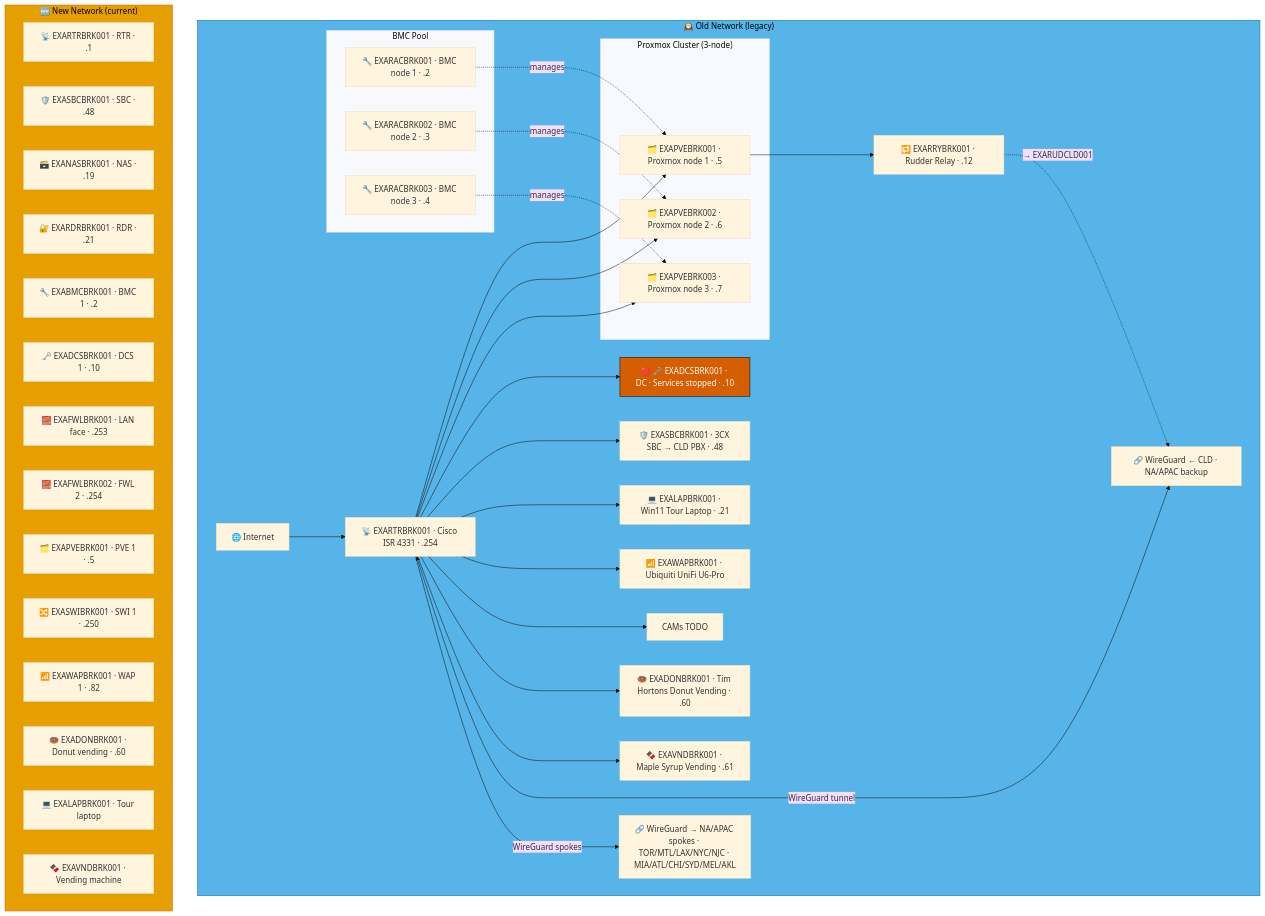
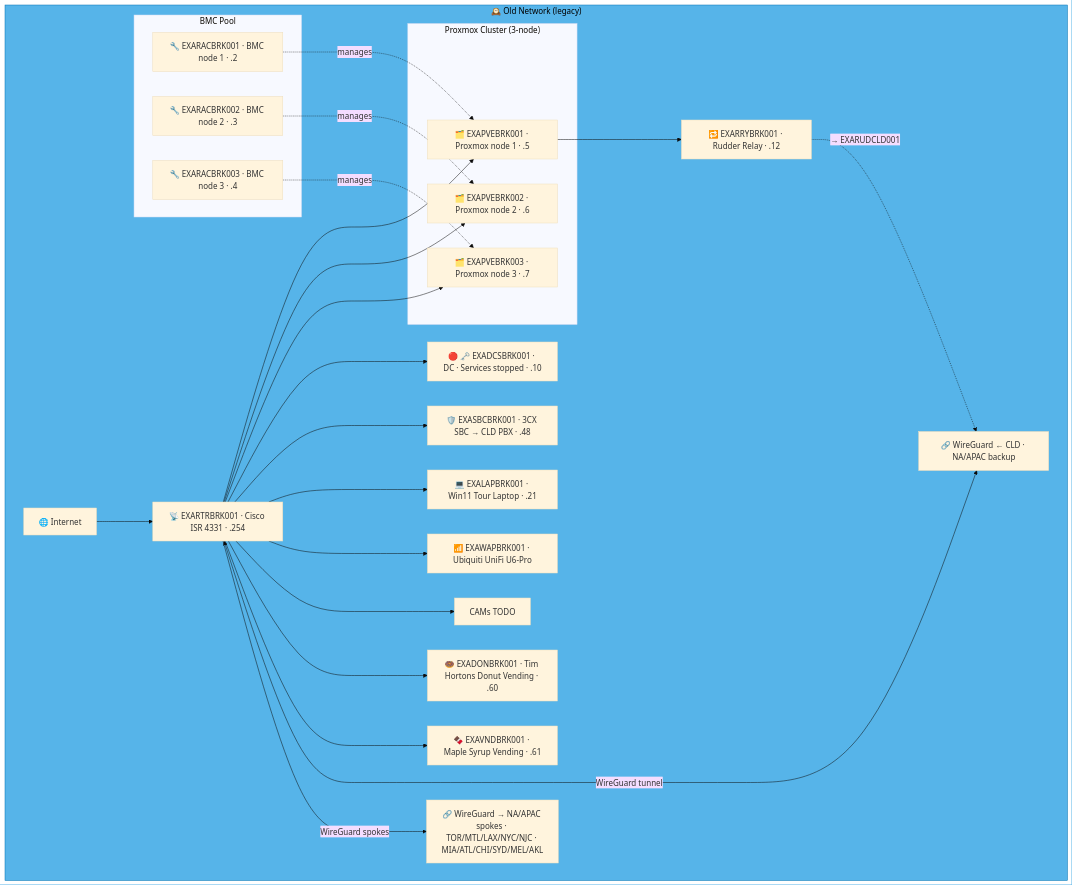
Before and after one commit to knightmare2600/example_music_infra: the first of 6 diagrams in docs/network-diagram/canada.md, drawn with Mermaid (base theme). The commit also changed other lines of this file and 35 other files, not shown here.

````diff
--- a/docs/network-diagram/canada.md
+++ b/docs/network-diagram/canada.md
@@ -17,65 +17,44 @@
 ```mermaid
 graph TD
     subgraph OLD_BRK ["🕰️ Old Network (legacy)"]
       INET["🌐 Internet"]
       RTR["📡 EXARTRBRK001 · Cisco ISR 4331 · .254"]
 
       subgraph BMC ["BMC Pool"]
           RAC1["🔧 EXARACBRK001 · BMC node 1 · .2"]
           RAC2["🔧 EXARACBRK002 · BMC node 2 · .3"]
           RAC3["🔧 EXARACBRK003 · BMC node 3 · .4"]
       end
 
       subgraph PVE ["Proxmox Cluster (3-node)"]
           PVE1["🗂️ EXAPVEBRK001 · Proxmox node 1 · .5"]
           PVE2["🗂️ EXAPVEBRK002 · Proxmox node 2 · .6"]
           PVE3["🗂️ EXAPVEBRK003 · Proxmox node 3 · .7"]
       end
 
       DC["🔴 🗝️ EXADCSBRK001 · DC · Services stopped · .10"]
       SBC["🛡️ EXASBCBRK001 · 3CX SBC → CLD PBX · .48"]
       RRY["🔁 EXARRYBRK001 · Rudder Relay · .12"]
       LAP["💻 EXALAPBRK001 · Win11 Tour Laptop · .21"]
       WAP["📶 EXAWAPBRK001 · Ubiquiti UniFi U6-Pro"]
       CAM["CAMs TODO"]
       VND1["🍩 EXADONBRK001 · Tim Hortons Donut Vending · .60"]
       VND2["🍫 EXAVNDBRK001 · Maple Syrup Vending · .61"]
       VPN_CLD["🔗 WireGuard ← CLD · NA/APAC backup"]
       VPN_NA["🔗 WireGuard → NA/APAC spokes · TOR/MTL/LAX/NYC/NJC · MIA/ATL/CHI/SYD/MEL/AKL"]
 
       INET --> RTR
       RTR --> PVE1 & PVE2 & PVE3
       RTR --> DC & SBC
       RAC1 -.->|"manages"| PVE1
       RAC2 -.->|"manages"| PVE2
       RAC3 -.->|"manages"| PVE3
       RTR --> LAP & WAP & CAM & VND1 & VND2
       RTR <-->|"WireGuard tunnel"| VPN_CLD
       RTR -->|"WireGuard spokes"| VPN_NA
 
       PVE1 --> RRY
       RRY -. "→ EXARUDCLD001" .-> VPN_CLD
     end
     style OLD_BRK fill:#56B4E9,stroke:#0072B2,color:#000000
-    %% GENERATED:NEW-NETWORK:BRK:START
-    subgraph NEW_BRK ["🆕 New Network (current)"]
-      N_RTR["📡 EXARTRBRK001 · RTR · .1"]
-      N_SBC["🛡️ EXASBCBRK001 · SBC · .48"]
-      N_NAS["🗃️ EXANASBRK001 · NAS · .19"]
-      N_RDR["🔐 EXARDRBRK001 · RDR · .21"]
-      N_BMC["🔧 EXABMCBRK001 · BMC 1 · .2"]
-      N_DCS["🗝️ EXADCSBRK001 · DCS 1 · .10"]
-      N_FWL["🧱 EXAFWLBRK001 · LAN face · .253"]
-      N_FWL2["🧱 EXAFWLBRK002 · FWL 2 · .254"]
-      N_PVE["🗂️ EXAPVEBRK001 · PVE 1 · .5"]
-      N_SWI["🔀 EXASWIBRK001 · SWI 1 · .250"]
-      N_WAP["📶 EXAWAPBRK001 · WAP 1 · .82"]
-      N_DON["🍩 EXADONBRK001 · Donut vending · .60"]
-      N_LAP["💻 EXALAPBRK001 · Tour laptop"]
-      N_VND["🍫 EXAVNDBRK001 · Vending machine"]
-    end
-    style NEW_BRK fill:#E69F00,stroke:#D55E00,color:#000000
-    %% GENERATED:NEW-NETWORK:BRK:END
-    classDef warn fill:#D55E00,stroke:#000000,color:#ffffff
-    class DC warn
 ```
````
